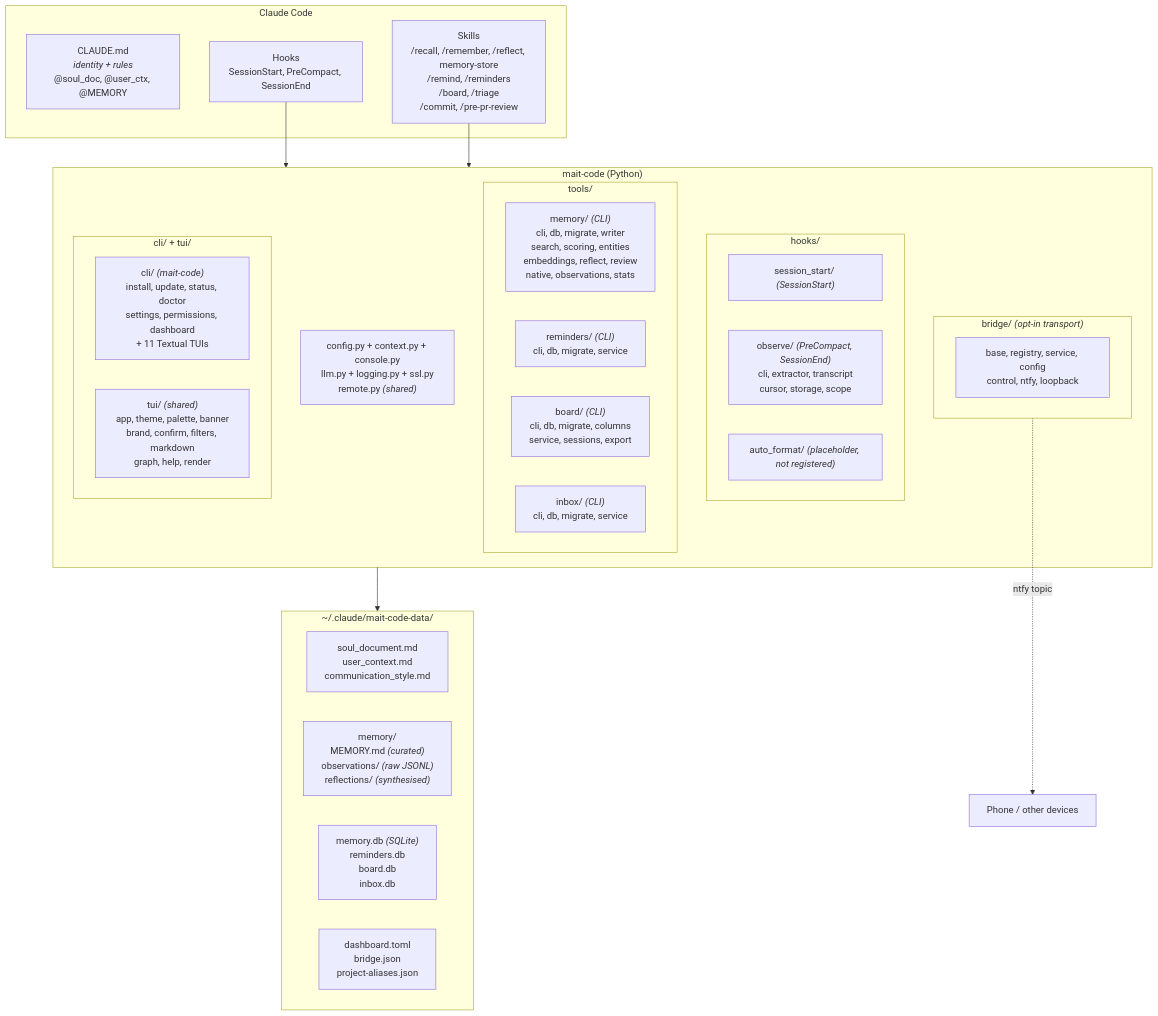
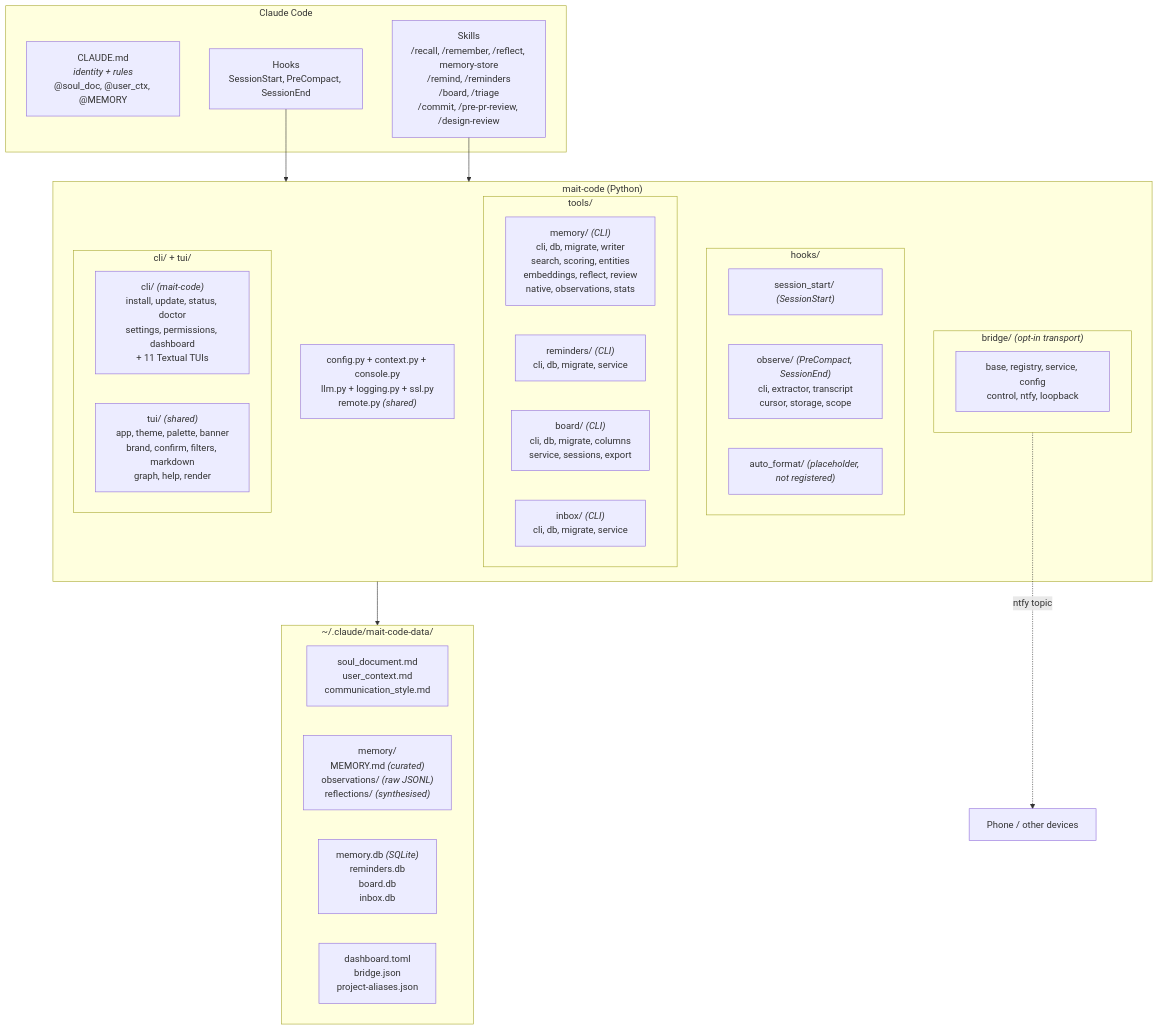
Before and after one commit to wiktordepina/mait-code: the first of 4 diagrams in docs/architecture.md, drawn with Mermaid. The commit also changed 5 other files, not shown here.

First line of the commit message:
feat(skills): add /design-review and the design-reviewer agent

````diff
--- a/docs/architecture.md
+++ b/docs/architecture.md
@@ -14,42 +14,42 @@
 ```mermaid
 graph TD
     subgraph claude_code ["Claude Code"]
         CLAUDE_MD["CLAUDE.md<br/><i>identity + rules</i><br/>@soul_doc, @user_ctx, @MEMORY"]
         HOOKS["Hooks<br/>SessionStart, PreCompact, SessionEnd"]
-        SKILLS["Skills<br/>/recall, /remember, /reflect, memory-store<br/>/remind, /reminders<br/>/board, /triage<br/>/commit, /pre-pr-review"]
+        SKILLS["Skills<br/>/recall, /remember, /reflect, memory-store<br/>/remind, /reminders<br/>/board, /triage<br/>/commit, /pre-pr-review, /design-review"]
     end
 
     subgraph mait_code ["mait-code (Python)"]
         subgraph hooks_pkg ["hooks/"]
             session_start["session_start/ <i>(SessionStart)</i>"]
             observe["observe/ <i>(PreCompact, SessionEnd)</i><br/>cli, extractor, transcript<br/>cursor, storage, scope"]
             auto_format["auto_format/ <i>(placeholder, not registered)</i>"]
         end
         subgraph tools_pkg ["tools/"]
             memory_tool["memory/ <i>(CLI)</i><br/>cli, db, migrate, writer<br/>search, scoring, entities<br/>embeddings, reflect, review<br/>native, observations, stats"]
             reminders_tool["reminders/ <i>(CLI)</i><br/>cli, db, migrate, service"]
             board_tool["board/ <i>(CLI)</i><br/>cli, db, migrate, columns<br/>service, sessions, export"]
             inbox_tool["inbox/ <i>(CLI)</i><br/>cli, db, migrate, service"]
         end
         subgraph bridge_pkg ["bridge/ <i>(opt-in transport)</i>"]
             bridge_core["base, registry, service, config<br/>control, ntfy, loopback"]
         end
         subgraph ui_pkg ["cli/ + tui/"]
             cli_layer["cli/ <i>(mait-code)</i><br/>install, update, status, doctor<br/>settings, permissions, dashboard<br/>+ 11 Textual TUIs"]
             tui_layer["tui/ <i>(shared)</i><br/>app, theme, palette, banner<br/>brand, confirm, filters, markdown<br/>graph, help, render"]
         end
         shared["config.py + context.py + console.py<br/>llm.py + logging.py + ssl.py<br/>remote.py <i>(shared)</i>"]
     end
 
     subgraph data_dir ["~/.claude/mait-code-data/"]
         identity["soul_document.md<br/>user_context.md<br/>communication_style.md"]
         memory_store["memory/<br/>MEMORY.md <i>(curated)</i><br/>observations/ <i>(raw JSONL)</i><br/>reflections/ <i>(synthesised)</i>"]
         other_dbs["memory.db <i>(SQLite)</i><br/>reminders.db<br/>board.db<br/>inbox.db"]
         cfg["dashboard.toml<br/>bridge.json<br/>project-aliases.json"]
     end
 
     HOOKS --> mait_code
     SKILLS --> mait_code
     mait_code --> data_dir
     bridge_pkg -.->|"ntfy topic"| phone["Phone / other devices"]
 ```
````
